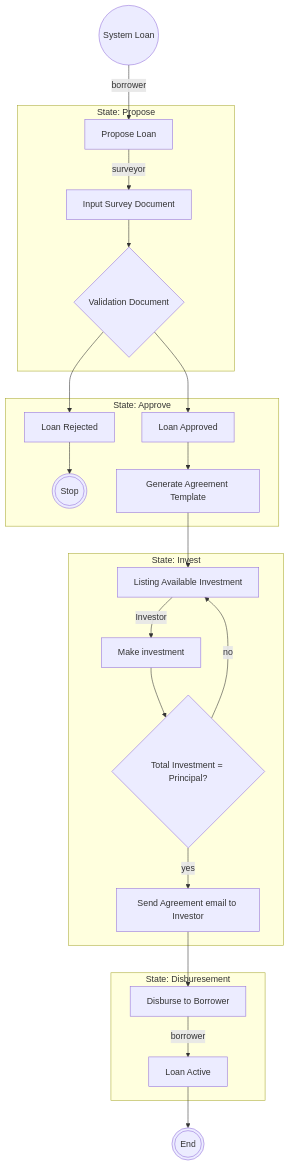
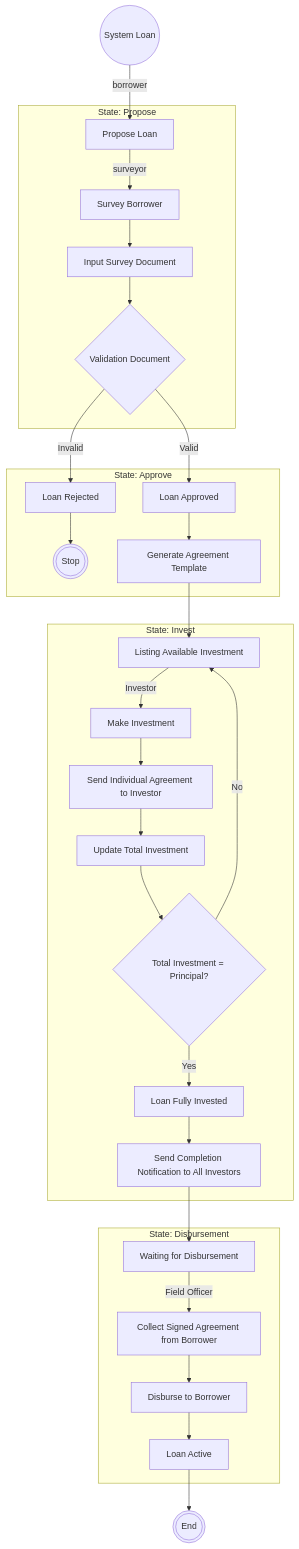
One commit to fajarAnd/loan-engine changed the diagram in doc/workflow.mmd. Above: the diagram before and after it, drawn with Mermaid.

Commit message:
fixed workflow about sending agreement to investor

```diff
--- a/doc/workflow.mmd
+++ b/doc/workflow.mmd
@@ -1,30 +1,36 @@
 flowchart TD
-    sysLoan((System Loan)) -- borrower -->  proposeLoan[Propose Loan]
+    sysLoan((System Loan)) -- borrower --> proposeLoan[Propose Loan]
+
     subgraph State: Propose
         proposeLoan -- surveyor --> sb[Survey Borrower]
-        sb[Input Survey Document] --> valDoc{Validation Document}
+        sb --> inputDoc[Input Survey Document]
+        inputDoc --> valDoc{Validation Document}
     end
 
     subgraph State: Approve
-        valDoc --> loanReject[Loan Rejected]
+        valDoc -->|Invalid| loanReject[Loan Rejected]
         loanReject --> st(((Stop)))
-        valDoc --> approveLoan[Loan Approved]
-        approveLoan --> generateAgreement[Generate Agreement Template]
-
-    end
-    
-    subgraph State: Invest
-        generateAgreement --> listingLoan[Listing Available Investment]
-        listingLoan -- Investor --> investingLoan[Make investment]
-        investingLoan --> loanFullfillDec{Total Investment = Principal?}
-        loanFullfillDec -- no --> listingLoan
-
-        loanFullfillDec -- yes --> sendAgreement[Send Agreement email to Investor]
+        valDoc -->|Valid| approveLoan[Loan Approved]
+        approveLoan --> generateTemplate[Generate Agreement Template]
     end
 
-    subgraph State: Disburesement
-        sendAgreement --> disbursement[Disburse to Borrower]
-        disbursement -- borrower --> loanActive[Loan Active]
+    subgraph State: Invest
+        generateTemplate --> listingLoan[Listing Available Investment]
+        listingLoan -- Investor --> makeInvestment[Make Investment]
+        makeInvestment --> sendIndividualAgreement[Send Individual Agreement to Investor]
+        sendIndividualAgreement --> updateTotal[Update Total Investment]
+        updateTotal --> checkTotal{Total Investment = Principal?}
+
+        checkTotal -->|No| listingLoan
+        checkTotal -->|Yes| loanFullyInvested[Loan Fully Invested]
+        loanFullyInvested --> sendCompletionNotification[Send Completion Notification to All Investors]
+    end
+
+    subgraph State: Disbursement
+        sendCompletionNotification --> waitingDisbursement[Waiting for Disbursement]
+        waitingDisbursement -- Field Officer --> collectSignedAgreement[Collect Signed Agreement from Borrower]
+        collectSignedAgreement --> disbursement[Disburse to Borrower]
+        disbursement --> loanActive[Loan Active]
     end
 
     loanActive --> e(((End)))
```
